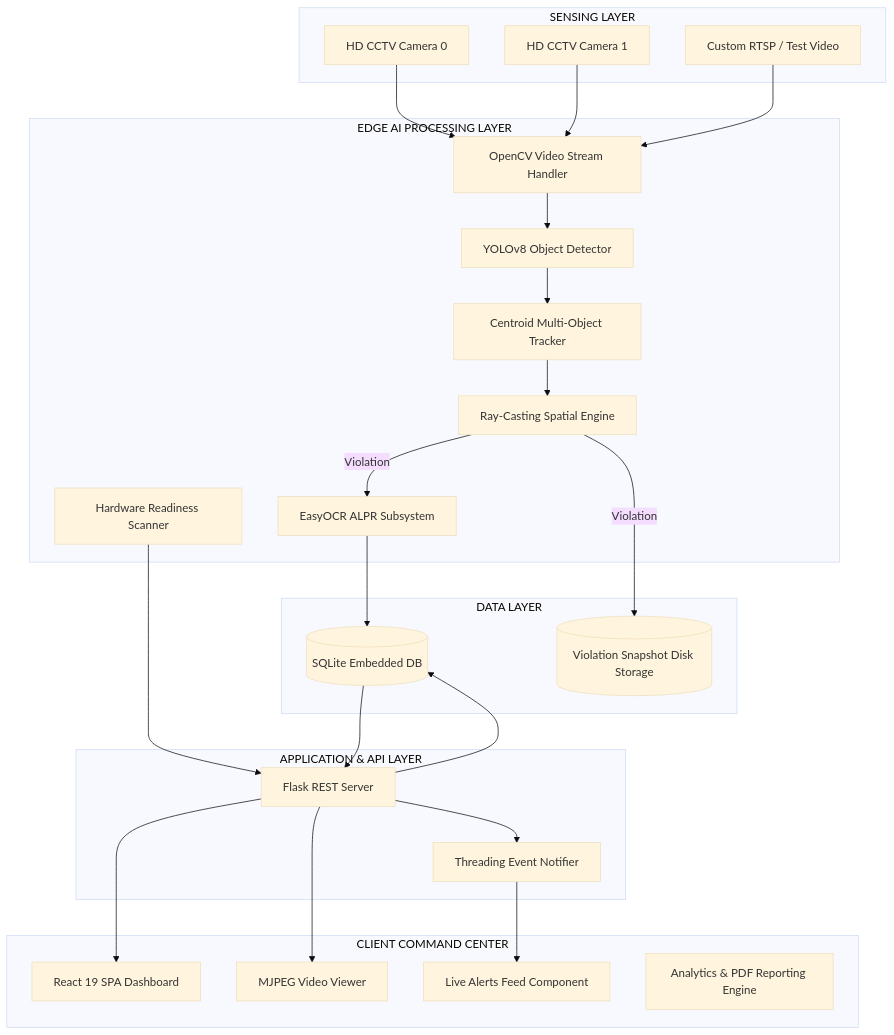
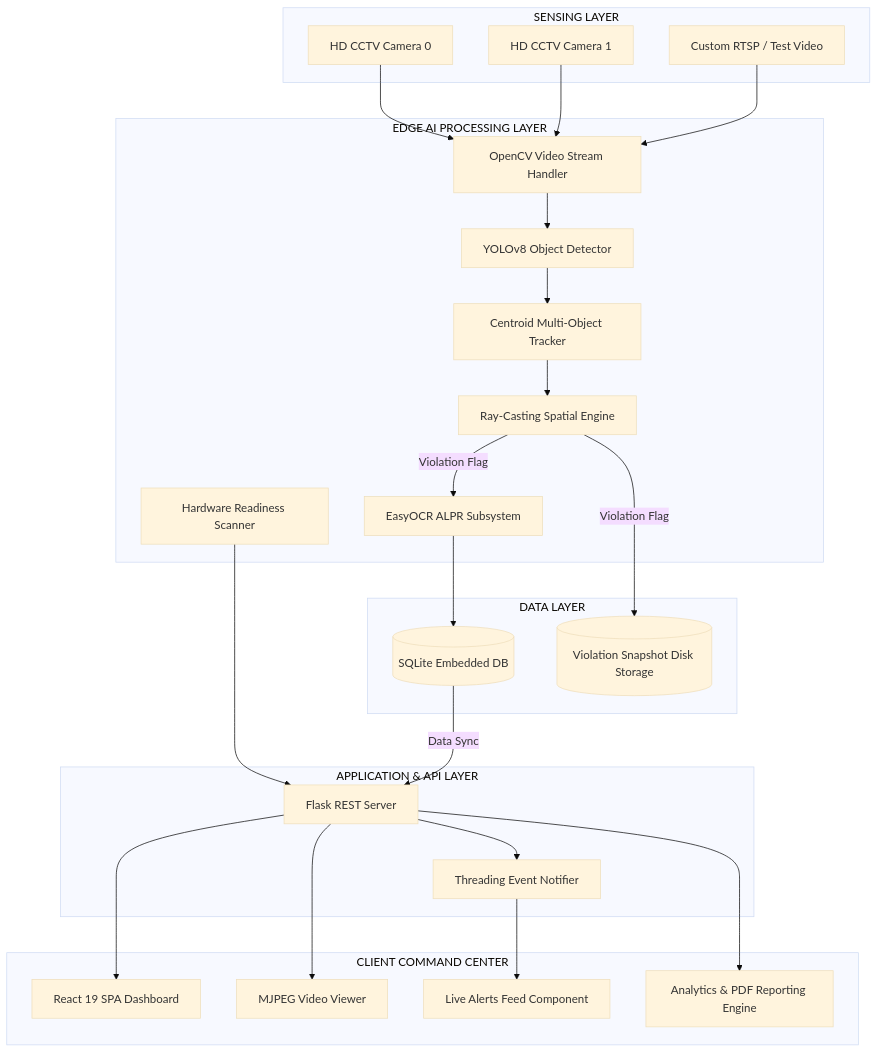
Before and after one commit to Chun-taro/AI-Powered-Yellow-Box-Zone-Violation-Monitoring-System: the fifth of 6 diagrams in docs/Revised_Research_Paper.md, drawn with Mermaid (base theme). The commit also changed other lines of this file and 1 other file, not shown here.

Commit message:
Fix Mermaid diagram rendering errors in Revised Research Paper

````diff
--- a/docs/Revised_Research_Paper.md
+++ b/docs/Revised_Research_Paper.md
@@ -496,51 +507,51 @@
 ```mermaid
-graph TB
+flowchart TD
     subgraph SensingLayer ["SENSING LAYER"]
         C1["HD CCTV Camera 0"]
         C2["HD CCTV Camera 1"]
         C3["Custom RTSP / Test Video"]
     end
 
     subgraph EdgeAI ["EDGE AI PROCESSING LAYER"]
         VIn["OpenCV Video Stream Handler"]
         YOLO["YOLOv8 Object Detector"]
         Tracker["Centroid Multi-Object Tracker"]
         PIP["Ray-Casting Spatial Engine"]
         OCR["EasyOCR ALPR Subsystem"]
         HScan["Hardware Readiness Scanner"]
     end
 
     subgraph DataLayer ["DATA LAYER"]
         DB[("SQLite Embedded DB")]
         MediaStore[("Violation Snapshot Disk Storage")]
     end
 
     subgraph AppLayer ["APPLICATION & API LAYER"]
         Flask["Flask REST Server"]
         EventBus["Threading Event Notifier"]
     end
 
     subgraph ClientCenter ["CLIENT COMMAND CENTER"]
         ReactUI["React 19 SPA Dashboard"]
         LiveStream["MJPEG Video Viewer"]
         LiveAlerts["Live Alerts Feed Component"]
         Reports["Analytics & PDF Reporting Engine"]
     end
 
     C1 --> VIn
     C2 --> VIn
     C3 --> VIn
     VIn --> YOLO
     YOLO --> Tracker
     Tracker --> PIP
-    PIP -->|"Violation"| OCR
-    PIP -->|"Violation"| MediaStore
+    PIP -->|"Violation Flag"| OCR
+    PIP -->|"Violation Flag"| MediaStore
     OCR --> DB
     HScan --> Flask
-    Flask --> DB
+    DB -->|"Data Sync"| Flask
     Flask --> EventBus
     EventBus --> LiveAlerts
     Flask --> LiveStream
-    DB --> Flask
     Flask --> ReactUI
+    Flask --> Reports
 ```
````
